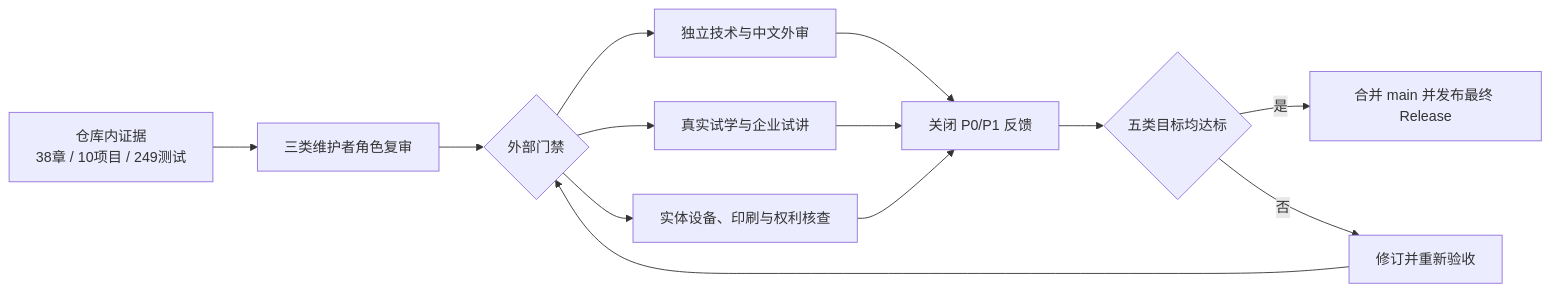
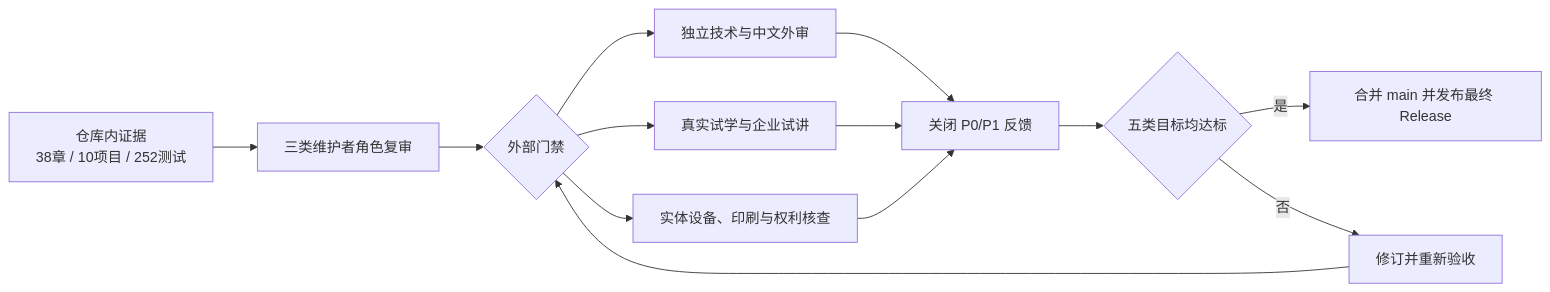
Before and after one commit to wujinjun/ai-agent-book: the diagram in docs/final-acceptance.md, drawn with Mermaid. The commit also changed 38 other files, not shown here.

````diff
--- a/docs/final-acceptance.md
+++ b/docs/final-acceptance.md
@@ -5,18 +5,18 @@
 ```mermaid
 %% id: p9-final-acceptance-gates
 %% title: P9 最终验收门禁
 %% alt: 仓库内技术出版培训证据完成后，还必须经过独立外审、真实试学试讲、实体设备印刷和最终发布，才能关闭 P9
 flowchart LR
-    Repo["仓库内证据<br/>38章 / 10项目 / 249测试"] --> Internal["三类维护者角色复审"]
+    Repo["仓库内证据<br/>38章 / 10项目 / 252测试"] --> Internal["三类维护者角色复审"]
     Internal --> External{外部门禁}
     External --> Review[独立技术与中文外审]
     External --> Trial[真实试学与企业试讲]
     External --> Device[实体设备、印刷与权利核查]
     Review --> Feedback[关闭 P0/P1 反馈]
     Trial --> Feedback
     Device --> Feedback
     Feedback --> Score{五类目标均达标}
     Score -->|是| Release[合并 main 并发布最终 Release]
     Score -->|否| Improve[修订并重新验收]
     Improve --> External
 ```
````
